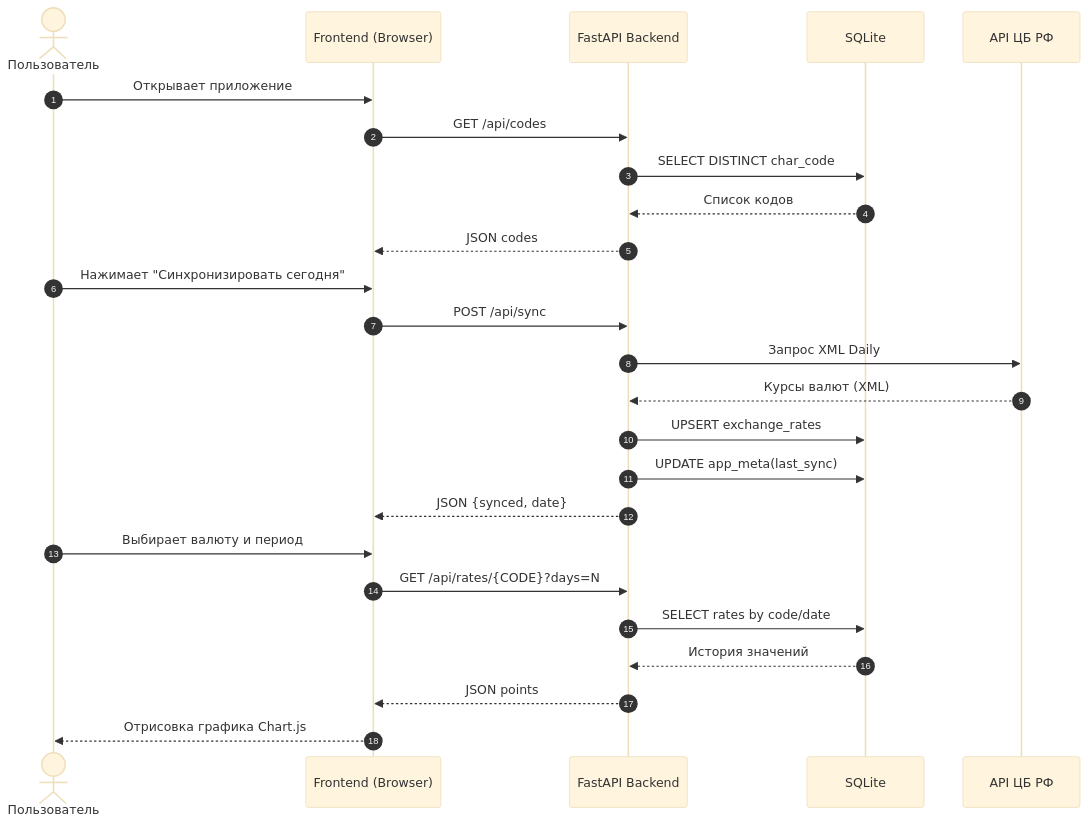
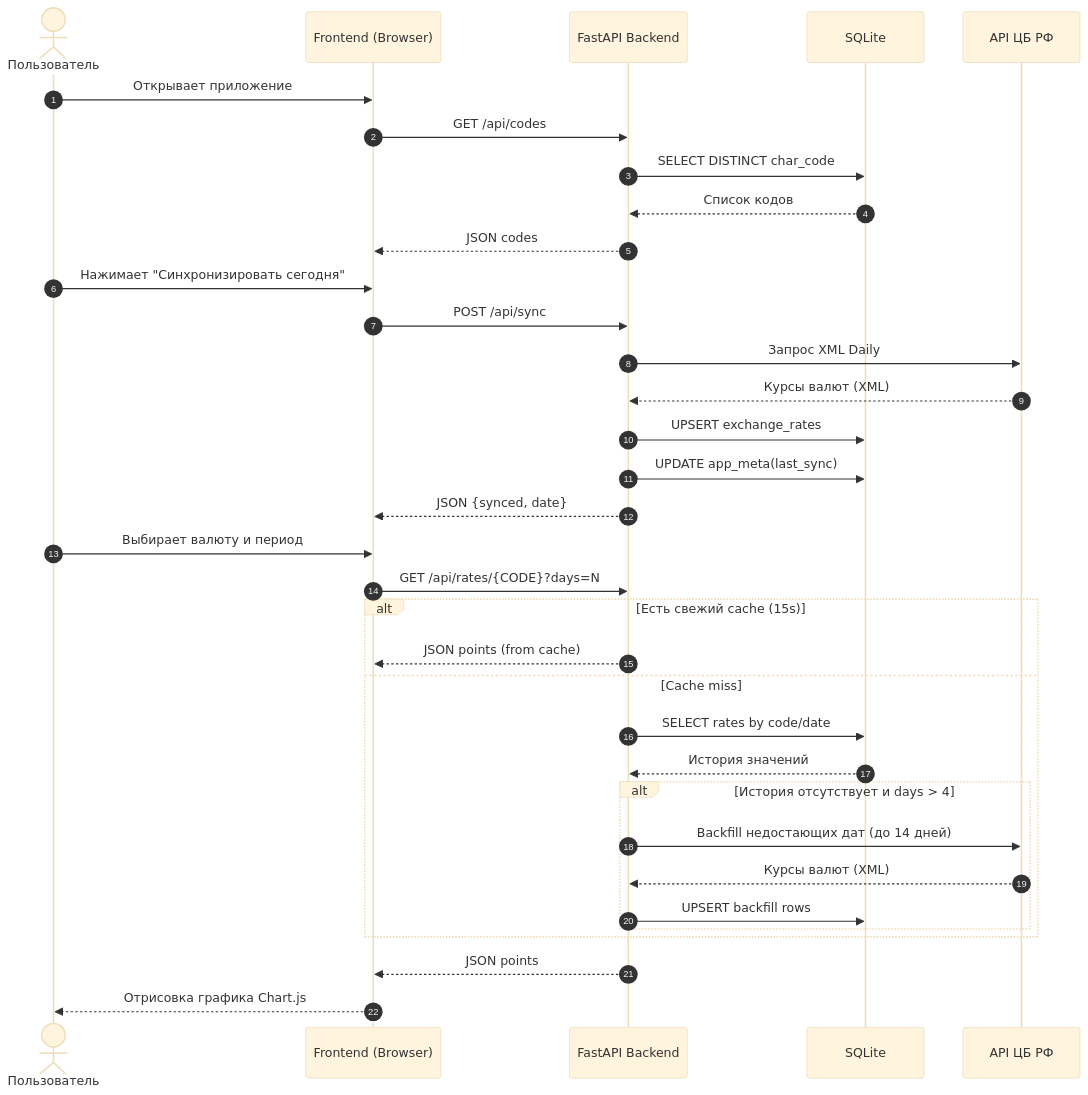
The second of 3 diagrams in README.md (AstraRui/currency-tracker-app), drawn with Mermaid (base theme) before and after one commit. The commit also changed other lines of this file and 11 other files, not shown here.

Commit message:
Refactor API structure and speed up data endpoints. Align docs with new routing/config layout and add lightweight caching plus improved sync error handling for faster page and chart loads.

````diff
--- a/README.md
+++ b/README.md
@@ -107,30 +122,39 @@
 ```mermaid
 sequenceDiagram
     autonumber
     actor U as Пользователь
     participant UI as Frontend (Browser)
     participant API as FastAPI Backend
     participant DB as SQLite
     participant CBR as API ЦБ РФ
 
     U->>UI: Открывает приложение
     UI->>API: GET /api/codes
     API->>DB: SELECT DISTINCT char_code
     DB-->>API: Список кодов
     API-->>UI: JSON codes
 
     U->>UI: Нажимает "Синхронизировать сегодня"
     UI->>API: POST /api/sync
     API->>CBR: Запрос XML Daily
     CBR-->>API: Курсы валют (XML)
     API->>DB: UPSERT exchange_rates
     API->>DB: UPDATE app_meta(last_sync)
     API-->>UI: JSON {synced, date}
 
     U->>UI: Выбирает валюту и период
     UI->>API: GET /api/rates/{CODE}?days=N
-    API->>DB: SELECT rates by code/date
-    DB-->>API: История значений
+    alt Есть свежий cache (15s)
+        API-->>UI: JSON points (from cache)
+    else Cache miss
+        API->>DB: SELECT rates by code/date
+        DB-->>API: История значений
+        alt История отсутствует и days > 4
+            API->>CBR: Backfill недостающих дат (до 14 дней)
+            CBR-->>API: Курсы валют (XML)
+            API->>DB: UPSERT backfill rows
+        end
+    end
     API-->>UI: JSON points
     UI-->>U: Отрисовка графика Chart.js
 ```
````
